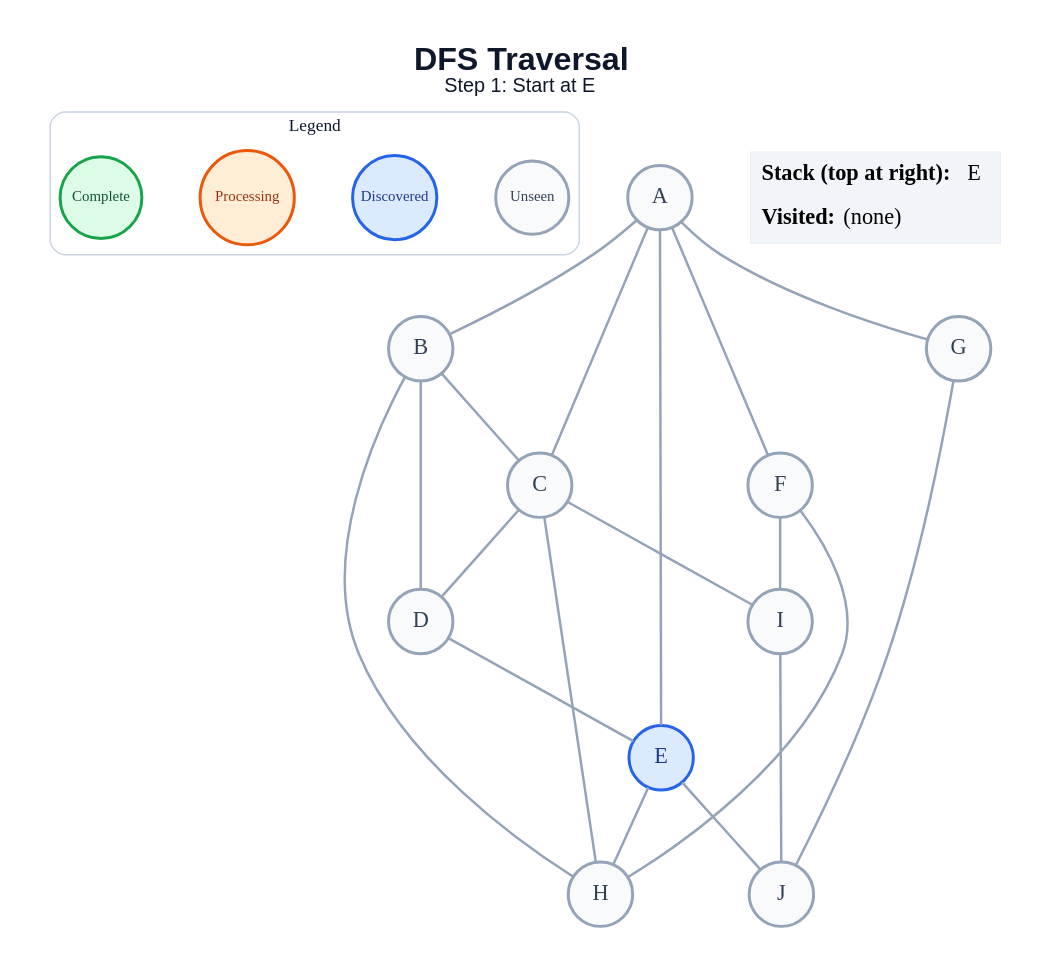
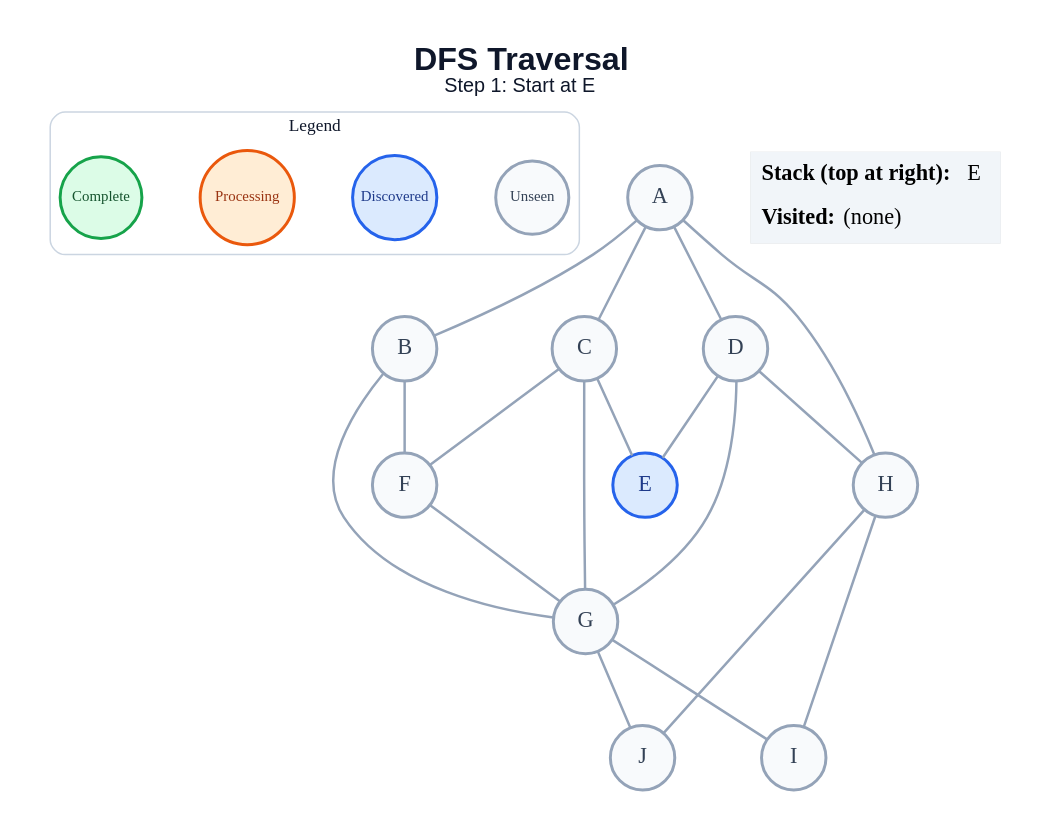
Before and after one commit to amanghodawala9/ai-slop: the diagram in generated/specific-node/dfs/step_01.dot, drawn with Graphviz. The commit also changed 178 other files, not shown here.

```diff
--- a/generated/specific-node/dfs/step_01.dot
+++ b/generated/specific-node/dfs/step_01.dot
@@ -1,47 +1,46 @@
 graph traversal {
   graph [layout=dot, rankdir=TB, bgcolor="#FFFFFF", pad="0.35", nodesep="0.65", ranksep="0.8", fontname="Arial"];
   node [shape=circle, style="filled", fontname="Arial Bold", fontsize=18, width=0.72, fixedsize=true, penwidth=2.4];
   edge [color="#94A3B8", penwidth=2.0];
   label=<<B>DFS Traversal</B><BR/><FONT POINT-SIZE="16">Step 1: Start at E</FONT>>; labelloc="t"; fontsize=26; fontname="Arial"; fontcolor="#0F172A";
   subgraph cluster_legend { label="Legend"; color="#CBD5E1"; penwidth=1.2; style="rounded"; fontsize=14; fontname="Arial Bold";
     key_unseen [label="Unseen", fillcolor="#F8FAFC", color="#94A3B8", fontcolor="#334155", fontsize=12, width=0.82];
     key_frontier [label="Discovered", fillcolor="#DBEAFE", color="#2563EB", fontcolor="#1E3A8A", fontsize=12, width=0.95];
     key_current [label="Processing", fillcolor="#FFEDD5", color="#EA580C", fontcolor="#9A3412", fontsize=12, width=1.05];
     key_done [label="Complete", fillcolor="#DCFCE7", color="#16A34A", fontcolor="#14532D", fontsize=12, width=0.92];
     { rank=same; key_unseen; key_frontier; key_current; key_done; }
   }
   A [fillcolor="#F8FAFC", color="#94A3B8", fontcolor="#334155"];
   B [fillcolor="#F8FAFC", color="#94A3B8", fontcolor="#334155"];
   C [fillcolor="#F8FAFC", color="#94A3B8", fontcolor="#334155"];
   D [fillcolor="#F8FAFC", color="#94A3B8", fontcolor="#334155"];
   E [fillcolor="#DBEAFE", color="#2563EB", fontcolor="#1E3A8A"];
   F [fillcolor="#F8FAFC", color="#94A3B8", fontcolor="#334155"];
   G [fillcolor="#F8FAFC", color="#94A3B8", fontcolor="#334155"];
   H [fillcolor="#F8FAFC", color="#94A3B8", fontcolor="#334155"];
   I [fillcolor="#F8FAFC", color="#94A3B8", fontcolor="#334155"];
   J [fillcolor="#F8FAFC", color="#94A3B8", fontcolor="#334155"];
   A -- B;
   A -- C;
-  A -- E;
-  A -- F;
-  A -- G;
-  B -- C;
-  B -- D;
-  B -- H;
-  C -- D;
-  C -- H;
-  C -- I;
+  A -- D;
+  A -- H;
+  B -- F;
+  B -- G;
+  C -- E;
+  C -- F;
+  C -- G;
   D -- E;
-  E -- H;
-  E -- J;
-  F -- H;
-  F -- I;
+  D -- G;
+  D -- H;
+  F -- G;
+  G -- I;
   G -- J;
-  I -- J;
+  H -- I;
+  H -- J;
   status [shape=plain, fixedsize=false, width=0, height=0, margin=0, label=<
     <TABLE BORDER="0" CELLBORDER="0" CELLPADDING="7" BGCOLOR="#F1F5F9">
       <TR><TD ALIGN="LEFT"><B>Stack (top at right):</B> E</TD></TR>
       <TR><TD ALIGN="LEFT"><B>Visited:</B> (none)</TD></TR>
     </TABLE>
   >];
 }
```
